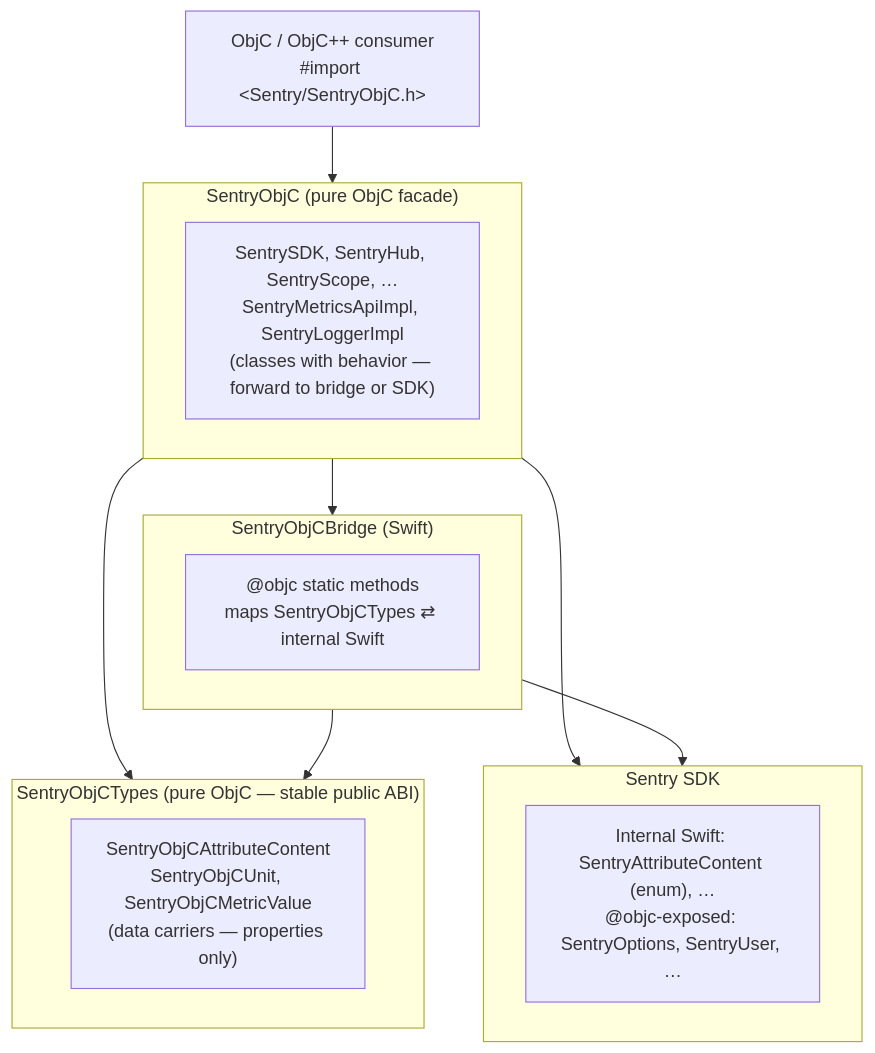
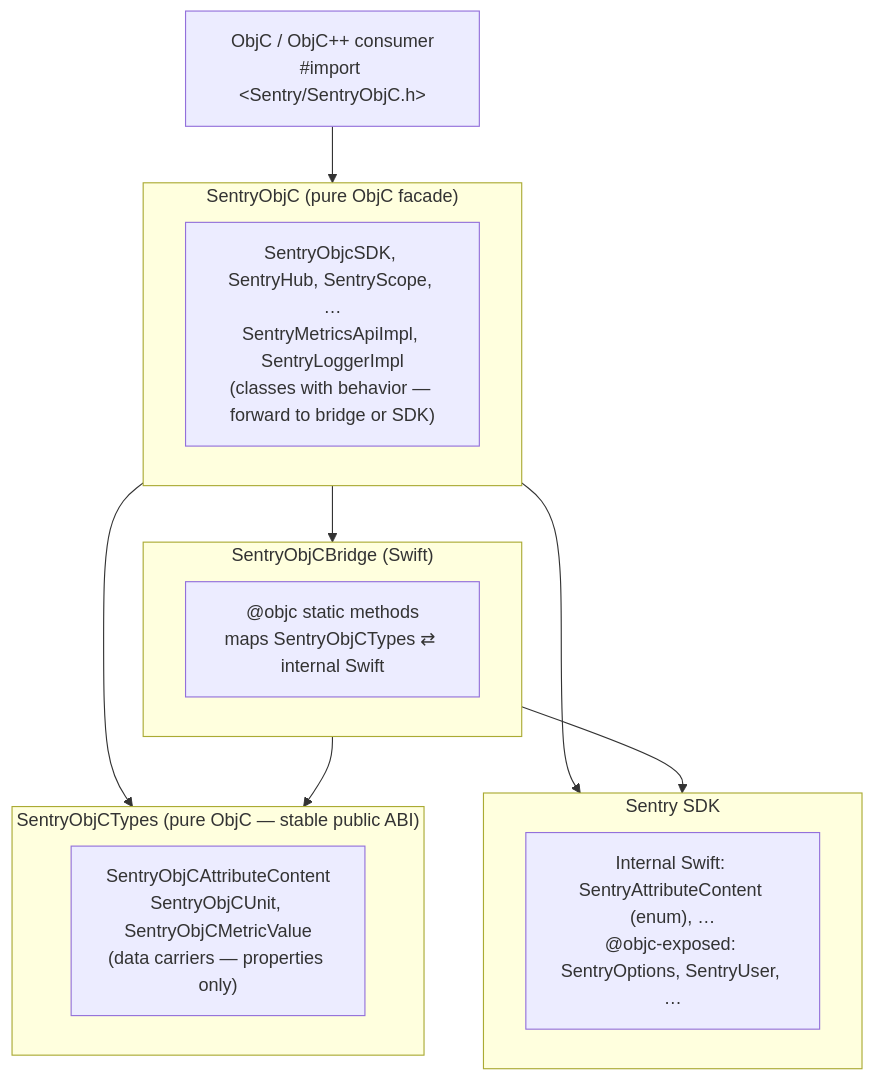
The diagram in develop-docs/SENTRY-OBJC.md (getsentry/sentry-cocoa), drawn with Mermaid before and after one commit. The commit also changed other lines of this file and 13 other files, not shown here.

First line of the commit message:
ref: rename SentrySDK to SentryObjcSDK in SentryObjC

````diff
--- a/develop-docs/SENTRY-OBJC.md
+++ b/develop-docs/SENTRY-OBJC.md
@@ -39,27 +39,27 @@
 ```mermaid
 graph TD
     Consumer["ObjC / ObjC++ consumer<br/>#import &lt;Sentry/SentryObjC.h&gt;"]
 
     subgraph SentryObjC["SentryObjC (pure ObjC facade)"]
-        Facade["SentrySDK, SentryHub, SentryScope, …<br/>SentryMetricsApiImpl, SentryLoggerImpl<br/>(classes with behavior — forward to bridge or SDK)"]
+        Facade["SentryObjcSDK, SentryHub, SentryScope, …<br/>SentryMetricsApiImpl, SentryLoggerImpl<br/>(classes with behavior — forward to bridge or SDK)"]
     end
 
     subgraph SentryObjCBridge["SentryObjCBridge (Swift)"]
         Bridge["@objc static methods<br/>maps SentryObjCTypes ⇄ internal Swift"]
     end
 
     subgraph SentryObjCTypes["SentryObjCTypes (pure ObjC — stable public ABI)"]
         Types["SentryObjCAttributeContent<br/>SentryObjCUnit, SentryObjCMetricValue<br/>(data carriers — properties only)"]
     end
 
     subgraph Sentry["Sentry SDK"]
         SDK["Internal Swift: SentryAttributeContent (enum), …<br/>@objc-exposed: SentryOptions, SentryUser, …"]
     end
 
     Consumer --> SentryObjC
     SentryObjC --> SentryObjCBridge
     SentryObjC --> SentryObjCTypes
     SentryObjC --> Sentry
     SentryObjCBridge --> SentryObjCTypes
     SentryObjCBridge --> Sentry
 ```
````
